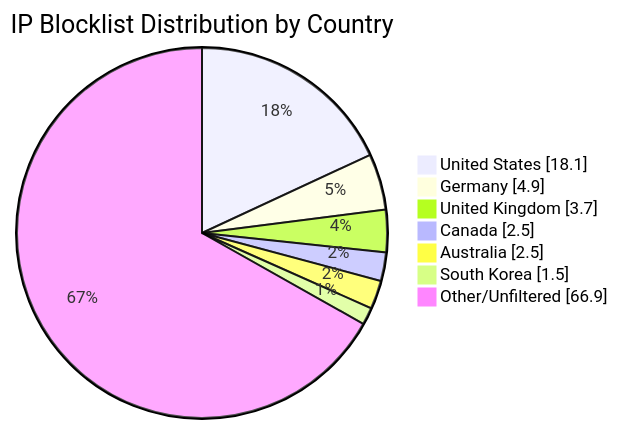
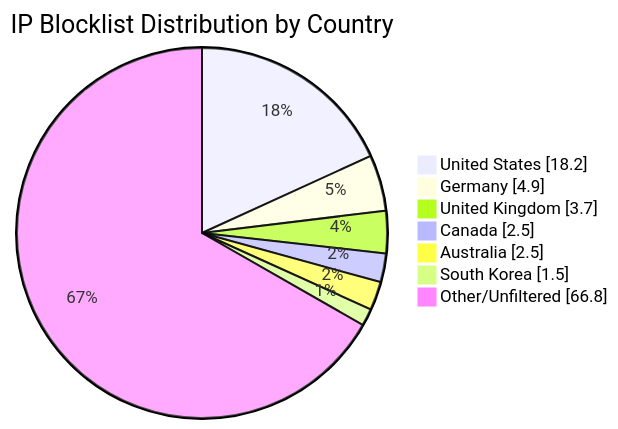
Before and after one commit to MarcusHoltz/ipblocklist-geofiltered-aggregator: the diagram in README.md, drawn with Mermaid. The commit also changed other lines of this file and 9 other files, not shown here.

````diff
--- a/README.md
+++ b/README.md
@@ -34,10 +34,10 @@
 ```mermaid
 pie showData title IP Blocklist Distribution by Country
-"United States" : 18.1
+"United States" : 18.2
 "Germany" : 4.9
 "United Kingdom" : 3.7
 "Canada" : 2.5
 "Australia" : 2.5
 "South Korea" : 1.5
-"Other/Unfiltered" : 66.9
+"Other/Unfiltered" : 66.8
 ```
````
